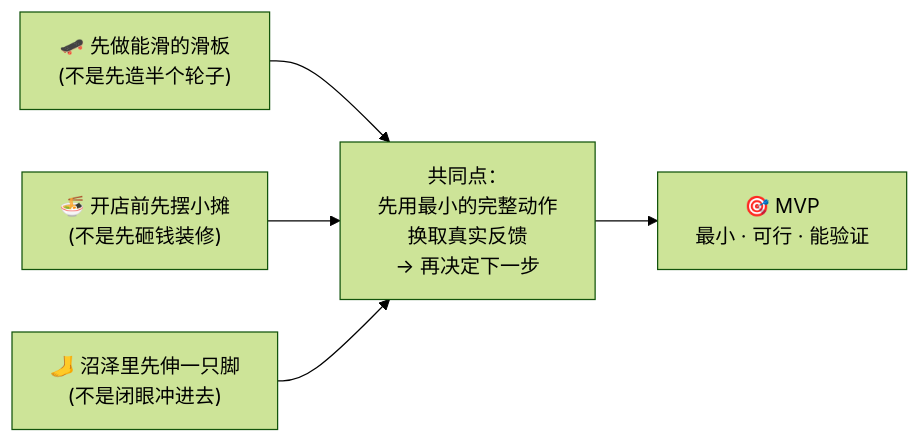
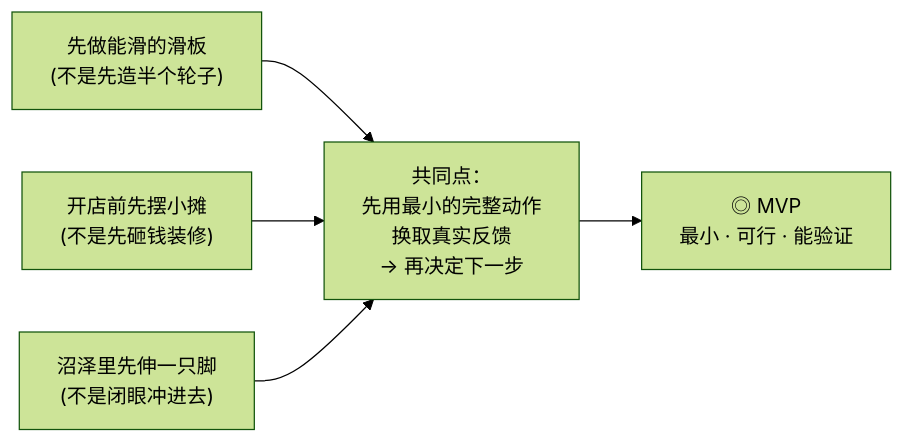
Before and after one commit to luckykhy/KhyAiHub: the second of 3 diagrams in docs/02_CONCEPTS_概念入门/CONCEPT/[CONCEPT-32] 什么是MVP-最小可行产品.md, drawn with Mermaid (forest theme). The commit also changed other lines of this file and 19 other files, not shown here.

````diff
--- a/docs/02_CONCEPTS_概念入门/CONCEPT/[CONCEPT-32] 什么是MVP-最小可行产品.md
+++ b/docs/02_CONCEPTS_概念入门/CONCEPT/[CONCEPT-32] 什么是MVP-最小可行产品.md
@@ -70,7 +70,7 @@
 ```mermaid
 flowchart LR
-  A["🛹 先做能滑的滑板<br/>(不是先造半个轮子)"] --> CORE["共同点：<br/>先用最小的完整动作<br/>换取真实反馈<br/>→ 再决定下一步"]
-  B["🍜 开店前先摆小摊<br/>(不是先砸钱装修)"] --> CORE
-  C["🦶 沼泽里先伸一只脚<br/>(不是闭眼冲进去)"] --> CORE
-  CORE --> MVP["🎯 MVP<br/>最小 · 可行 · 能验证"]
+  A["先做能滑的滑板<br/>(不是先造半个轮子)"] --> CORE["共同点：<br/>先用最小的完整动作<br/>换取真实反馈<br/>→ 再决定下一步"]
+  B["开店前先摆小摊<br/>(不是先砸钱装修)"] --> CORE
+  C["沼泽里先伸一只脚<br/>(不是闭眼冲进去)"] --> CORE
+  CORE --> MVP["◎ MVP<br/>最小 · 可行 · 能验证"]
 ```
````
